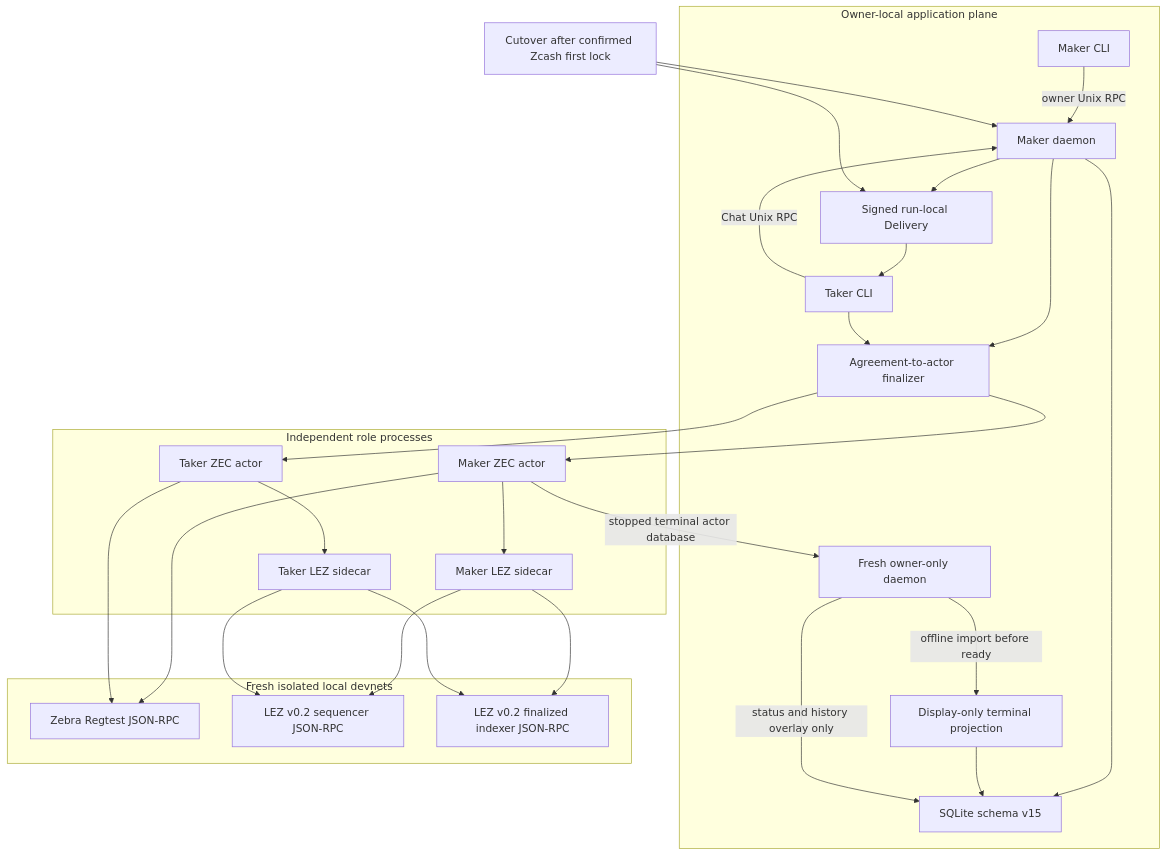
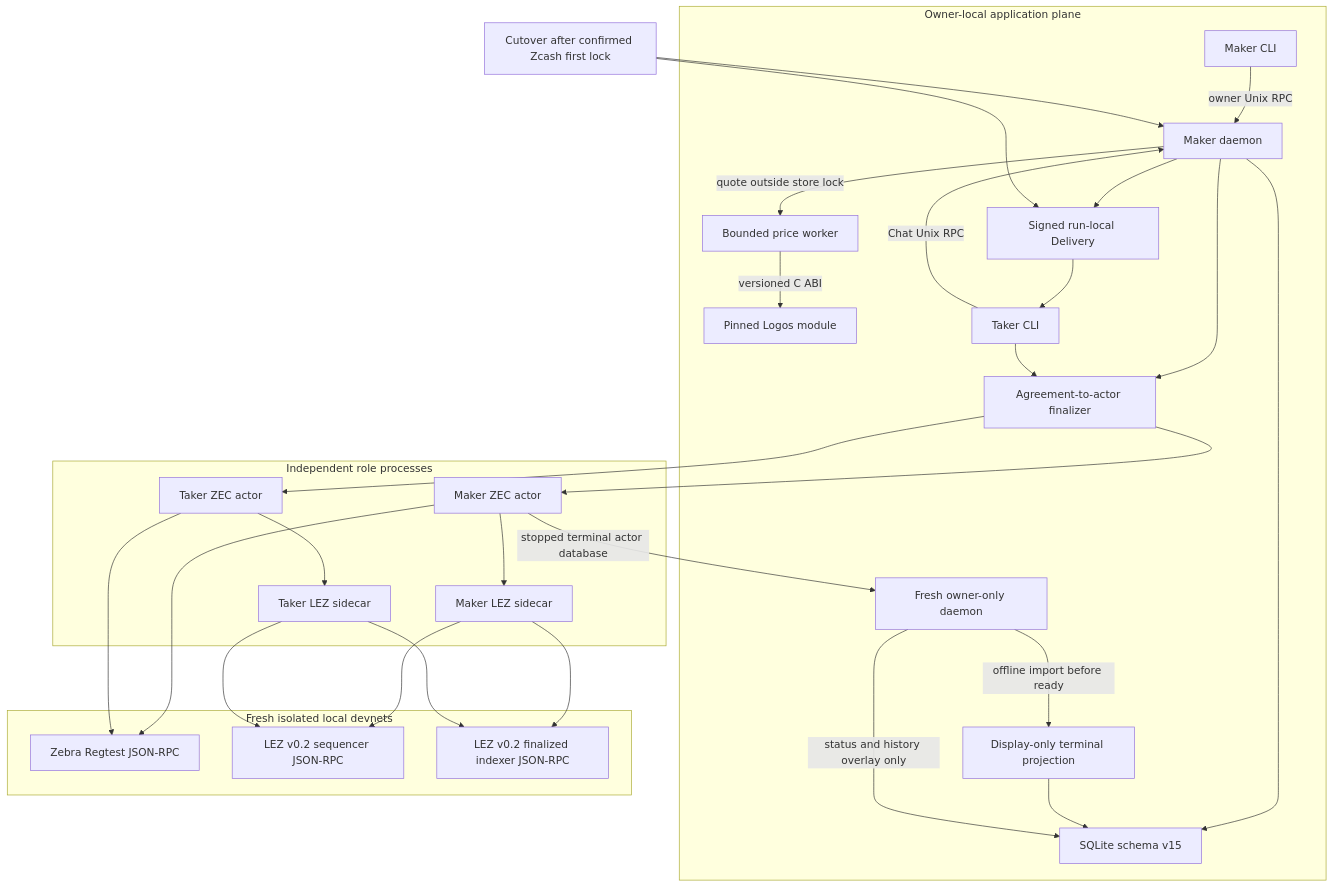
Before and after one commit to gateway-fm/lez-atomic-swaps: the ninth of 18 diagrams in docs/architecture/deployment-components-and-rpcs.md, drawn with Mermaid. The commit also changed other lines of this file and 12 other files, not shown here.

Commit message:
feat(m5): wire Logos prices into daemon

````diff
--- a/docs/architecture/deployment-components-and-rpcs.md
+++ b/docs/architecture/deployment-components-and-rpcs.md
@@ -783,50 +802,54 @@
 ```mermaid
 flowchart TB
     subgraph App[Owner-local application plane]
         MakerCli[Maker CLI]
         Daemon[Maker daemon]
         Store[SQLite schema v15]
         TerminalView[Display-only terminal projection]
         TerminalDaemon[Fresh owner-only daemon]
+        PriceWorker[Bounded price worker]
+        PriceModule[Pinned Logos module]
         Delivery[Signed run-local Delivery]
         TakerCli[Taker CLI]
         Finalizer[Agreement-to-actor finalizer]
         MakerCli -->|owner Unix RPC| Daemon
         Daemon --> Store
         Daemon --> Delivery
         Delivery --> TakerCli
         TakerCli -->|Chat Unix RPC| Daemon
+        Daemon -->|quote outside store lock| PriceWorker
+        PriceWorker -->|versioned C ABI| PriceModule
         Daemon --> Finalizer
         TakerCli --> Finalizer
         TerminalDaemon -->|offline import before ready| TerminalView
         TerminalView --> Store
         TerminalDaemon -->|status and history overlay only| Store
     end
 
     subgraph Roles[Independent role processes]
         MakerActor[Maker ZEC actor]
         TakerActor[Taker ZEC actor]
         MakerSidecar[Maker LEZ sidecar]
         TakerSidecar[Taker LEZ sidecar]
         Finalizer --> MakerActor
         Finalizer --> TakerActor
         MakerActor --> MakerSidecar
         TakerActor --> TakerSidecar
         MakerActor -->|stopped terminal actor database| TerminalDaemon
     end
 
     subgraph Nodes[Fresh isolated local devnets]
         Zebra[Zebra Regtest JSON-RPC]
         Sequencer[LEZ v0.2 sequencer JSON-RPC]
         Indexer[LEZ v0.2 finalized indexer JSON-RPC]
     end
 
     MakerActor --> Zebra
     TakerActor --> Zebra
     MakerSidecar --> Sequencer
     MakerSidecar --> Indexer
     TakerSidecar --> Sequencer
     TakerSidecar --> Indexer
     Cutover[Cutover after confirmed Zcash first lock] --> Daemon
     Cutover --> Delivery
 ```
````
